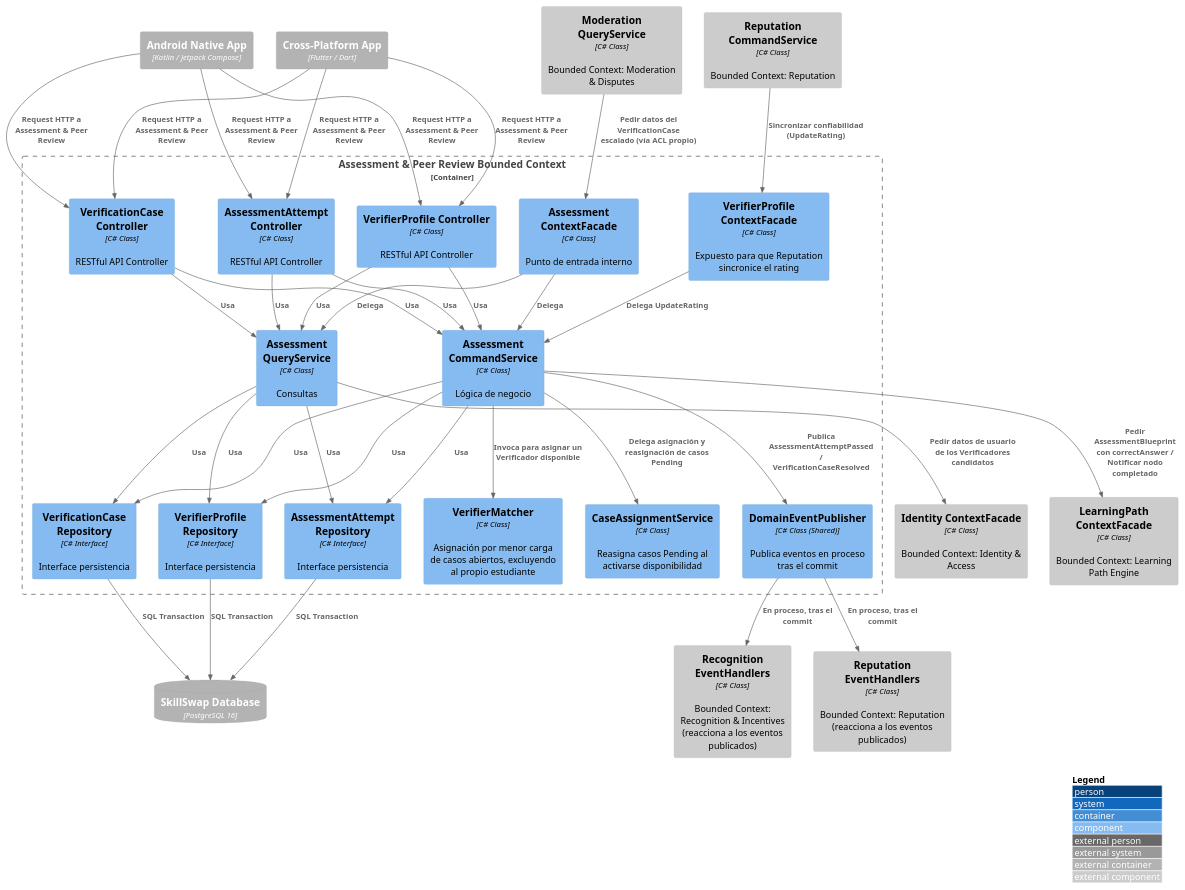
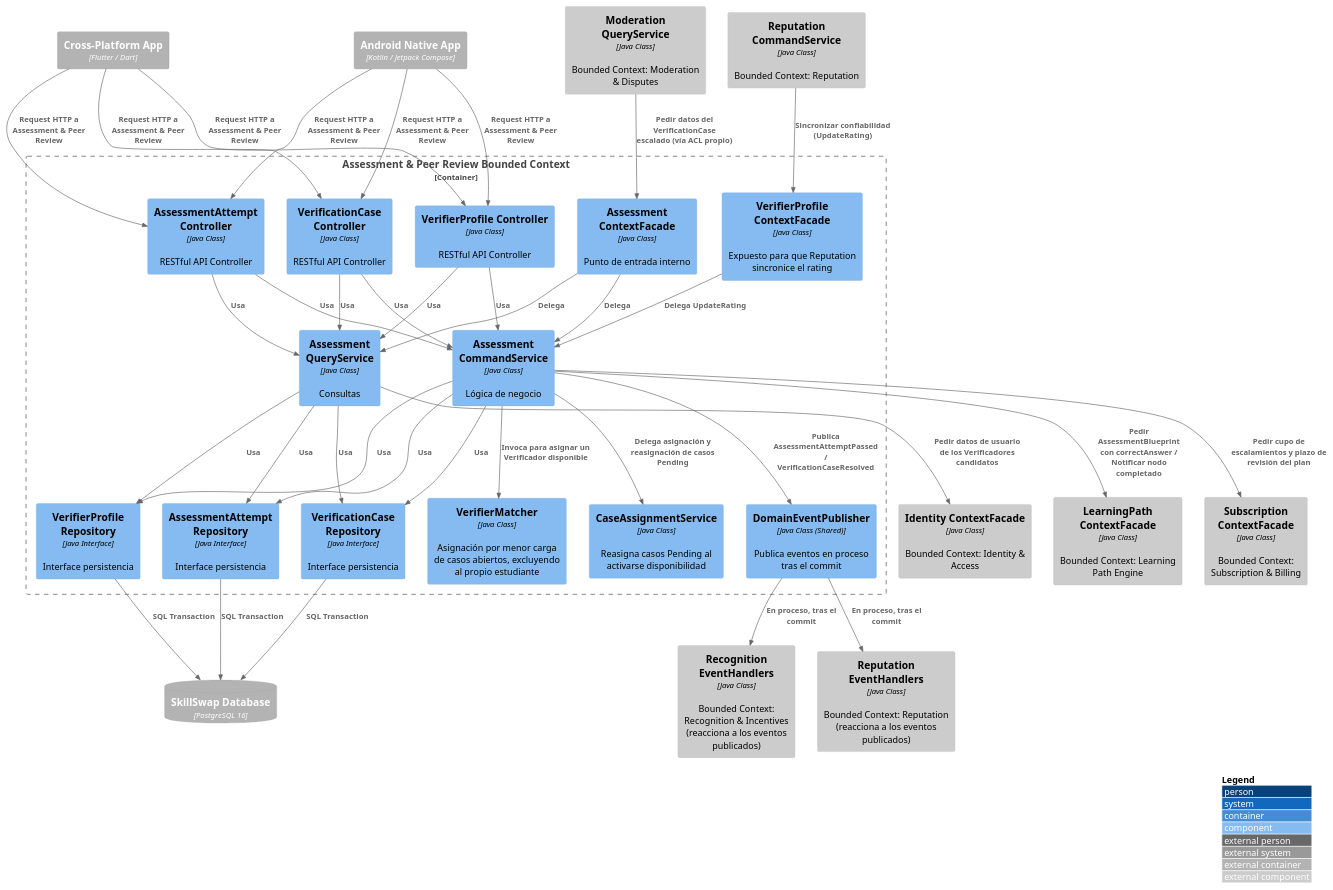
Before and after one commit to Aplicaciones-Dispositivos-Moviles/SkillSwap-ProjectReport: the diagram in DB&C4/Component_Diagram_Assessment_Peer_Review.puml, drawn with PlantUML. The commit also changed 32 other files, not shown here.

First line of the commit message:
docs(images): regenerate C4, context map and class diagrams from updated PlantUML sources

```diff
--- a/DB&C4/Component_Diagram_Assessment_Peer_Review.puml
+++ b/DB&C4/Component_Diagram_Assessment_Peer_Review.puml
@@ -1,75 +1,77 @@
 @startuml AssessmentPeerReviewComponent
 !include https://raw.githubusercontent.com/plantuml-stdlib/C4-PlantUML/master/C4_Component.puml
 
 LAYOUT_WITH_LEGEND()
 
 Container_Ext(androidApp, "Android Native App", "Kotlin / Jetpack Compose")
 Container_Ext(flutterApp, "Cross-Platform App", "Flutter / Dart")
 ContainerDb_Ext(mainDB, "SkillSwap Database", "PostgreSQL 16")
 
 Container_Boundary(assessmentBC, "Assessment & Peer Review Bounded Context") {
-    Component(assessmentAttemptController, "AssessmentAttempt Controller", "C# Class", "RESTful API Controller")
-    Component(verificationCaseController, "VerificationCase Controller", "C# Class", "RESTful API Controller")
-    Component(verifierProfileController, "VerifierProfile Controller", "C# Class", "RESTful API Controller")
-    Component(assessmentCommandService, "Assessment CommandService", "C# Class", "Lógica de negocio")
-    Component(assessmentQueryService, "Assessment QueryService", "C# Class", "Consultas")
-    Component(verifierMatcher, "VerifierMatcher", "C# Class", "Asignación por menor carga de casos abiertos, excluyendo al propio estudiante")
-    Component(caseAssignmentService, "CaseAssignmentService", "C# Class", "Reasigna casos Pending al activarse disponibilidad")
-    Component(attemptRepository, "AssessmentAttempt Repository", "C# Interface", "Interface persistencia")
-    Component(verifierProfileRepository, "VerifierProfile Repository", "C# Interface", "Interface persistencia")
-    Component(caseRepository, "VerificationCase Repository", "C# Interface", "Interface persistencia")
-    Component(domainEventPublisher, "DomainEventPublisher", "C# Class (Shared)", "Publica eventos en proceso tras el commit")
-    Component(assessmentContextFacade, "Assessment ContextFacade", "C# Class", "Punto de entrada interno")
-    Component(verifierProfileContextFacade, "VerifierProfile ContextFacade", "C# Class", "Expuesto para que Reputation sincronice el rating")
+    Component(assessmentAttemptController, "AssessmentAttempt Controller", "Java Class", "RESTful API Controller")
+    Component(verificationCaseController, "VerificationCase Controller", "Java Class", "RESTful API Controller")
+    Component(verifierProfileController, "VerifierProfile Controller", "Java Class", "RESTful API Controller")
+    Component(assessmentCommandService, "Assessment CommandService", "Java Class", "Lógica de negocio")
+    Component(assessmentQueryService, "Assessment QueryService", "Java Class", "Consultas")
+    Component(verifierMatcher, "VerifierMatcher", "Java Class", "Asignación por menor carga de casos abiertos, excluyendo al propio estudiante")
+    Component(caseAssignmentService, "CaseAssignmentService", "Java Class", "Reasigna casos Pending al activarse disponibilidad")
+    Component(attemptRepository, "AssessmentAttempt Repository", "Java Interface", "Interface persistencia")
+    Component(verifierProfileRepository, "VerifierProfile Repository", "Java Interface", "Interface persistencia")
+    Component(caseRepository, "VerificationCase Repository", "Java Interface", "Interface persistencia")
+    Component(domainEventPublisher, "DomainEventPublisher", "Java Class (Shared)", "Publica eventos en proceso tras el commit")
+    Component(assessmentContextFacade, "Assessment ContextFacade", "Java Class", "Punto de entrada interno")
+    Component(verifierProfileContextFacade, "VerifierProfile ContextFacade", "Java Class", "Expuesto para que Reputation sincronice el rating")
 }
 
-Component_Ext(pathEngineContextFacade, "LearningPath ContextFacade", "C# Class", "Bounded Context: Learning Path Engine")
-Component_Ext(identityContextFacade, "Identity ContextFacade", "C# Class", "Bounded Context: Identity & Access")
-Component_Ext(reputationCommandService, "Reputation CommandService", "C# Class", "Bounded Context: Reputation")
-Component_Ext(reputationEventHandlers, "Reputation EventHandlers", "C# Class", "Bounded Context: Reputation (reacciona a los eventos publicados)")
-Component_Ext(recognitionEventHandlers, "Recognition EventHandlers", "C# Class", "Bounded Context: Recognition & Incentives (reacciona a los eventos publicados)")
-Component_Ext(moderationQueryService, "Moderation QueryService", "C# Class", "Bounded Context: Moderation & Disputes")
+Component_Ext(pathEngineContextFacade, "LearningPath ContextFacade", "Java Class", "Bounded Context: Learning Path Engine")
+Component_Ext(identityContextFacade, "Identity ContextFacade", "Java Class", "Bounded Context: Identity & Access")
+Component_Ext(reputationCommandService, "Reputation CommandService", "Java Class", "Bounded Context: Reputation")
+Component_Ext(reputationEventHandlers, "Reputation EventHandlers", "Java Class", "Bounded Context: Reputation (reacciona a los eventos publicados)")
+Component_Ext(recognitionEventHandlers, "Recognition EventHandlers", "Java Class", "Bounded Context: Recognition & Incentives (reacciona a los eventos publicados)")
+Component_Ext(moderationQueryService, "Moderation QueryService", "Java Class", "Bounded Context: Moderation & Disputes")
+Component_Ext(subscriptionContextFacade, "Subscription ContextFacade", "Java Class", "Bounded Context: Subscription & Billing")
 
 Rel(androidApp, assessmentAttemptController, "Request HTTP a Assessment & Peer Review")
 Rel(flutterApp, assessmentAttemptController, "Request HTTP a Assessment & Peer Review")
 Rel(androidApp, verificationCaseController, "Request HTTP a Assessment & Peer Review")
 Rel(flutterApp, verificationCaseController, "Request HTTP a Assessment & Peer Review")
 Rel(androidApp, verifierProfileController, "Request HTTP a Assessment & Peer Review")
 Rel(flutterApp, verifierProfileController, "Request HTTP a Assessment & Peer Review")
 
 Rel(assessmentAttemptController, assessmentCommandService, "Usa")
 Rel(assessmentAttemptController, assessmentQueryService, "Usa")
 Rel(verificationCaseController, assessmentCommandService, "Usa")
 Rel(verificationCaseController, assessmentQueryService, "Usa")
 Rel(verifierProfileController, assessmentCommandService, "Usa")
 Rel(verifierProfileController, assessmentQueryService, "Usa")
 
 Rel(assessmentCommandService, attemptRepository, "Usa")
 Rel(assessmentCommandService, verifierProfileRepository, "Usa")
 Rel(assessmentCommandService, caseRepository, "Usa")
 Rel(assessmentQueryService, attemptRepository, "Usa")
 Rel(assessmentQueryService, verifierProfileRepository, "Usa")
 Rel(assessmentQueryService, caseRepository, "Usa")
 
 Rel(attemptRepository, mainDB, "SQL Transaction")
 Rel(verifierProfileRepository, mainDB, "SQL Transaction")
 Rel(caseRepository, mainDB, "SQL Transaction")
 
 Rel(assessmentCommandService, verifierMatcher, "Invoca para asignar un Verificador disponible")
 Rel(assessmentCommandService, caseAssignmentService, "Delega asignación y reasignación de casos Pending")
 
 Rel(assessmentCommandService, pathEngineContextFacade, "Pedir AssessmentBlueprint con correctAnswer / Notificar nodo completado")
+Rel(assessmentCommandService, subscriptionContextFacade, "Pedir cupo de escalamientos y plazo de revisión del plan")
 Rel(assessmentQueryService, identityContextFacade, "Pedir datos de usuario de los Verificadores candidatos")
 
 Rel(assessmentCommandService, domainEventPublisher, "Publica AssessmentAttemptPassed / VerificationCaseResolved")
 Rel(domainEventPublisher, reputationEventHandlers, "En proceso, tras el commit")
 Rel(domainEventPublisher, recognitionEventHandlers, "En proceso, tras el commit")
 
 Rel(assessmentContextFacade, assessmentCommandService, "Delega")
 Rel(assessmentContextFacade, assessmentQueryService, "Delega")
 Rel(verifierProfileContextFacade, assessmentCommandService, "Delega UpdateRating")
 
 Rel(moderationQueryService, assessmentContextFacade, "Pedir datos del VerificationCase escalado (vía ACL propio)")
 Rel(reputationCommandService, verifierProfileContextFacade, "Sincronizar confiabilidad (UpdateRating)")
 
 @enduml
```
